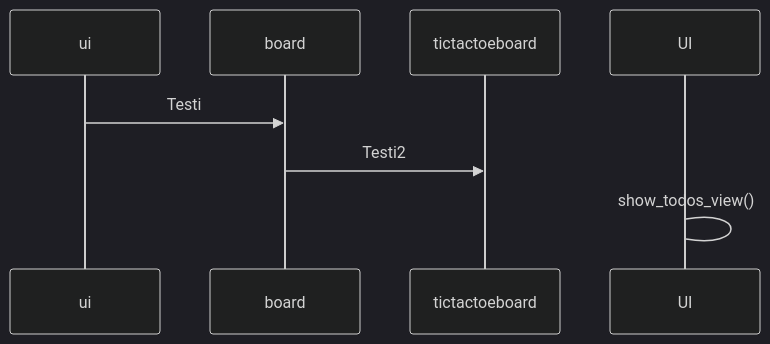
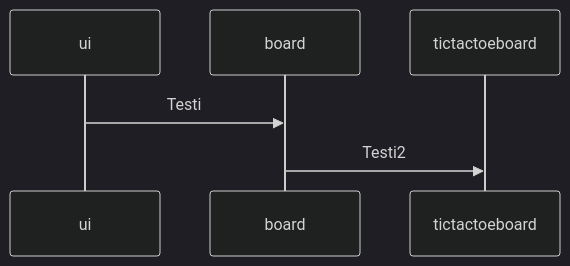
The diagram in maarittelydokumentti/arkkitehtuuri.md (TatuSorjonen/ot-harjoitustyo), drawn with Mermaid (dark theme) before and after one commit.

````diff
--- a/maarittelydokumentti/arkkitehtuuri.md
+++ b/maarittelydokumentti/arkkitehtuuri.md
@@ -1,9 +1,8 @@
 ```mermaid
 sequenceDiagram
   participant ui
   participant board
   participant tictactoeboard
   ui->> board: Testi
   board->>tictactoeboard: Testi2
-  UI->UI: show_todos_view()
 ```
````
